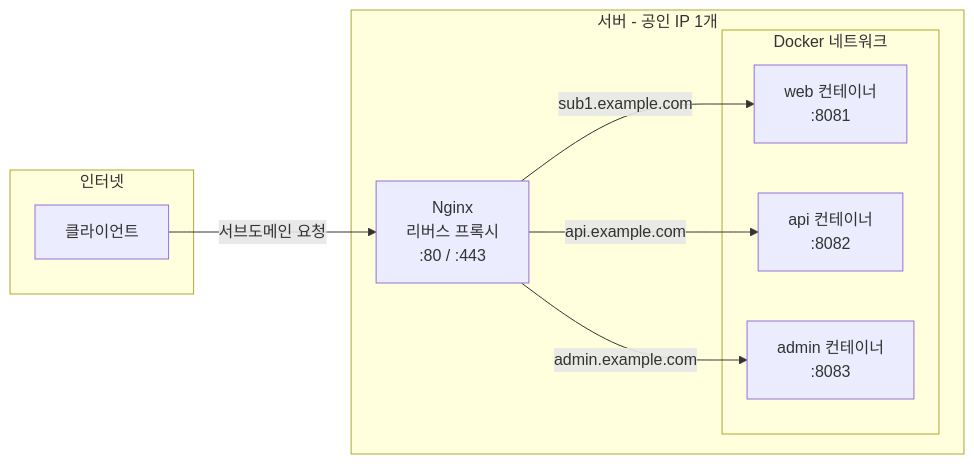
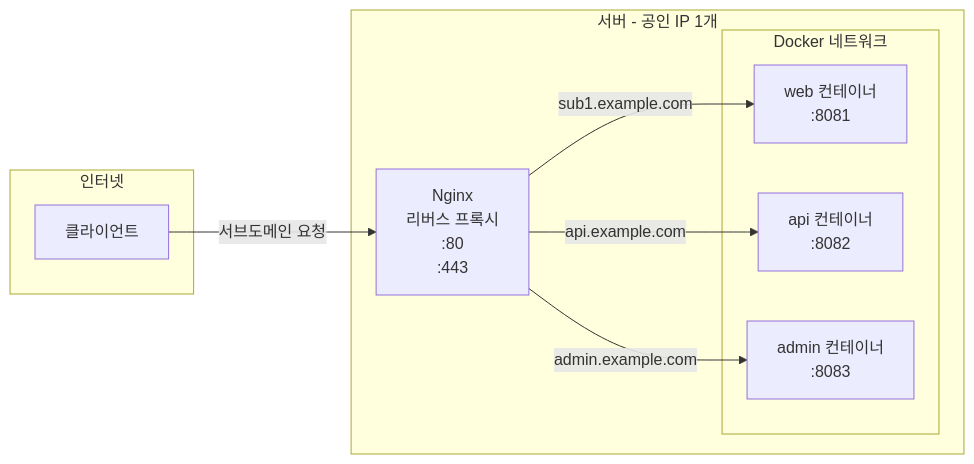
The diagram in public/markdown/network_dns/index.md (RHUK2/blog), drawn with Mermaid before and after one commit. The commit also changed 12 other files, not shown here.

````diff
--- a/public/markdown/network_dns/index.md
+++ b/public/markdown/network_dns/index.md
@@ -65,22 +65,22 @@
 ```mermaid
 flowchart LR
   subgraph Internet[인터넷]
     C[클라이언트]
   end
 
   subgraph Server[서버 - 공인 IP 1개]
-    N[Nginx\n리버스 프록시\n:80 / :443]
+    N[Nginx\n리버스 프록시\n:80\n:443]
 
     subgraph Docker[Docker 네트워크]
       D1[web 컨테이너\n:8081]
       D2[api 컨테이너\n:8082]
       D3[admin 컨테이너\n:8083]
     end
 
     N -->|sub1.example.com| D1
     N -->|api.example.com| D2
     N -->|admin.example.com| D3
   end
 
   C -->|서브도메인 요청| N
 ```
````
